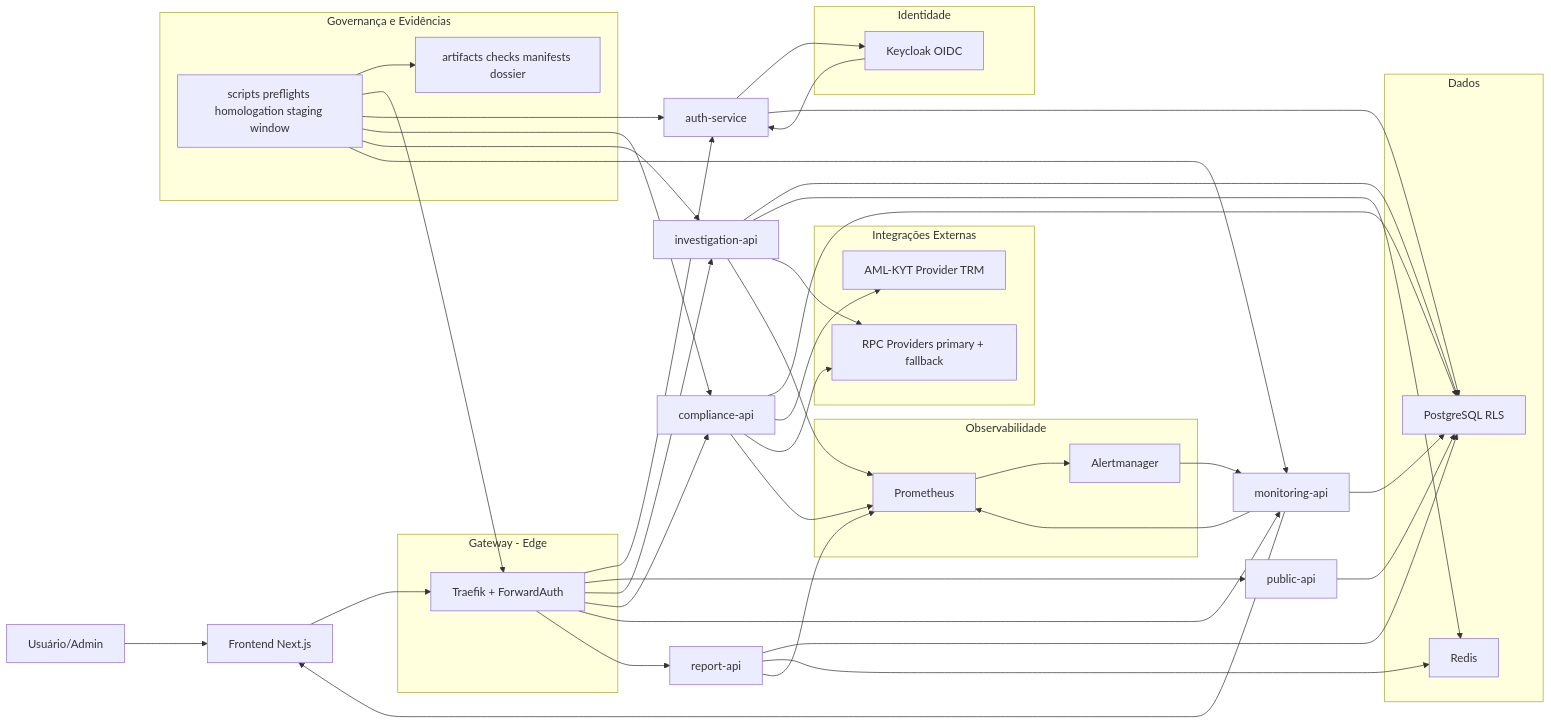
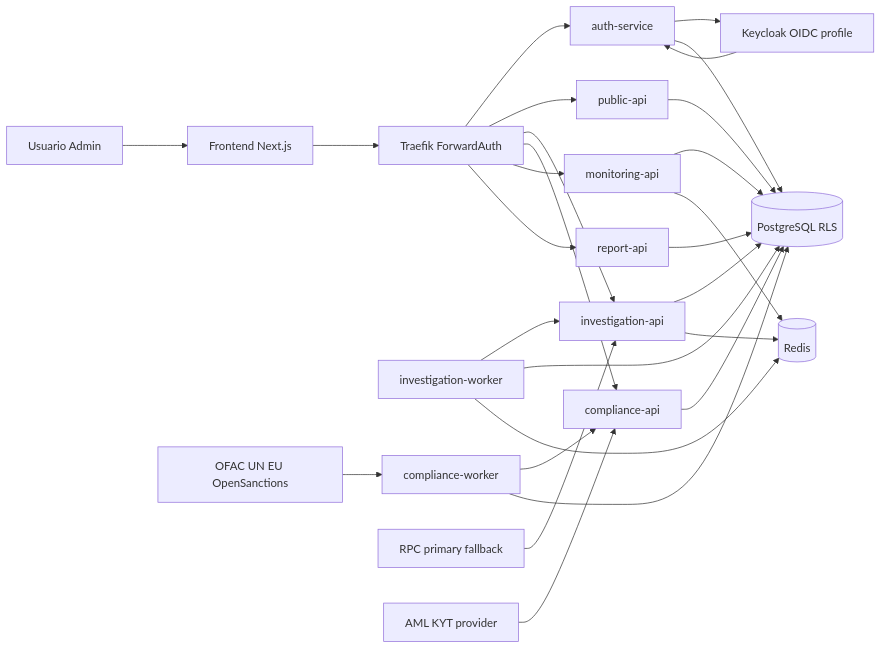
One commit to Jistriane/Ontrackchain changed the diagram in ontrackchain/README.md. Above: the diagram before and after it, drawn with Mermaid. The commit also changed other lines of this file and 98 other files, not shown here.

Commit message:
feat: harden regulatory staging workflow and sync governance docs

````diff
--- a/ontrackchain/README.md
+++ b/ontrackchain/README.md
@@ -94,73 +110,37 @@
 ```mermaid
 flowchart LR
-  user[Usuário/Admin] --> ui[Frontend Next.js]
-
-  subgraph edge[Gateway - Edge]
-    traefik[Traefik + ForwardAuth]
-  end
-
-  ui --> traefik
-
-  subgraph identity[Identidade]
-    keycloak[Keycloak OIDC]
-  end
+  user[Usuario Admin] --> frontend[Frontend Next.js]
+  frontend --> traefik[Traefik ForwardAuth]
 
   traefik --> auth[auth-service]
-  auth --> keycloak
-  keycloak --> auth
-
   traefik --> public[public-api]
   traefik --> inv[investigation-api]
   traefik --> comp[compliance-api]
   traefik --> mon[monitoring-api]
   traefik --> rep[report-api]
 
-  subgraph data[Dados]
-    pg[PostgreSQL RLS]
-    redis[Redis]
-  end
+  keycloak[Keycloak OIDC profile] --> auth
+  auth --> keycloak
+
+  invw[investigation-worker] --> inv
+  compw[compliance-worker] --> comp
+
+  pg[(PostgreSQL RLS)]
+  redis[(Redis)]
 
   auth --> pg
   public --> pg
   inv --> pg
+  inv --> redis
+  invw --> pg
+  invw --> redis
   comp --> pg
+  compw --> pg
   mon --> pg
+  mon --> redis
   rep --> pg
 
-  inv --> redis
-  rep --> redis
-
-  subgraph external[Integrações Externas]
-    trm[AML-KYT Provider TRM]
-    rpc[RPC Providers primary + fallback]
-  end
-
-  comp --> trm
-  inv --> rpc
-  comp --> rpc
-
-  subgraph obs[Observabilidade]
-    prom[Prometheus]
-    am[Alertmanager]
-  end
-
-  inv --> prom
-  mon --> prom
-  comp --> prom
-  rep --> prom
-  prom --> am
-  am --> mon
-  mon --> ui
-
-  subgraph governance[Governança e Evidências]
-    scripts[scripts preflights homologation staging window]
-    artifacts[artifacts checks manifests dossier]
-  end
-
-  scripts --> artifacts
-  scripts --> traefik
-  scripts --> auth
-  scripts --> comp
-  scripts --> inv
-  scripts --> mon
+  rpc[RPC primary fallback] --> inv
+  trm[AML KYT provider] --> comp
+  feeds[OFAC UN EU OpenSanctions] --> compw
 ```
````
